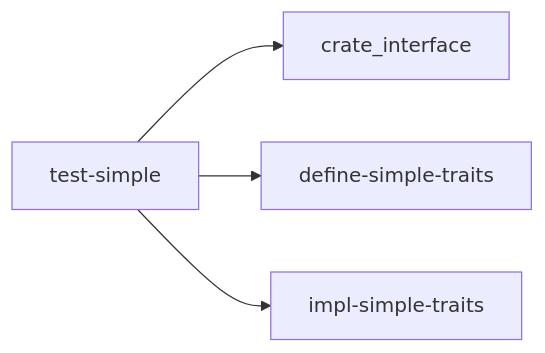
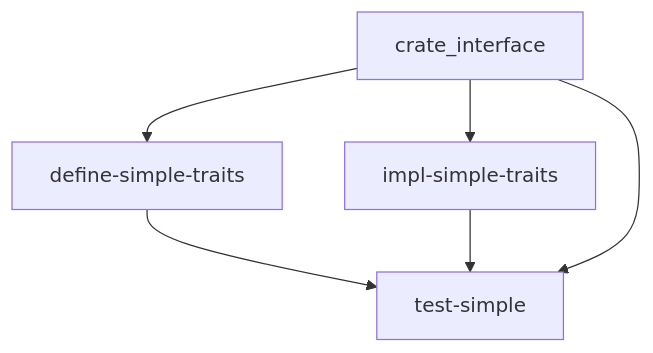
Before and after one commit to rcore-os/tgoskits: the second of 2 diagrams in docs/crates/test-simple.md, drawn with Mermaid. The commit also changed other lines of this file and 99 other files, not shown here.

````diff
--- a/docs/crates/test-simple.md
+++ b/docs/crates/test-simple.md
@@ -32,7 +106,8 @@
 ```mermaid
-graph LR
-    current["test-simple"]
-    current --> crate_interface["crate_interface"]
-    current --> define_simple_traits["define-simple-traits"]
-    current --> impl_simple_traits["impl-simple-traits"]
+graph TD
+    A[define-simple-traits] --> C[test-simple]
+    B[impl-simple-traits] --> C
+    D[crate_interface] --> A
+    D --> B
+    D --> C
 ```
````
